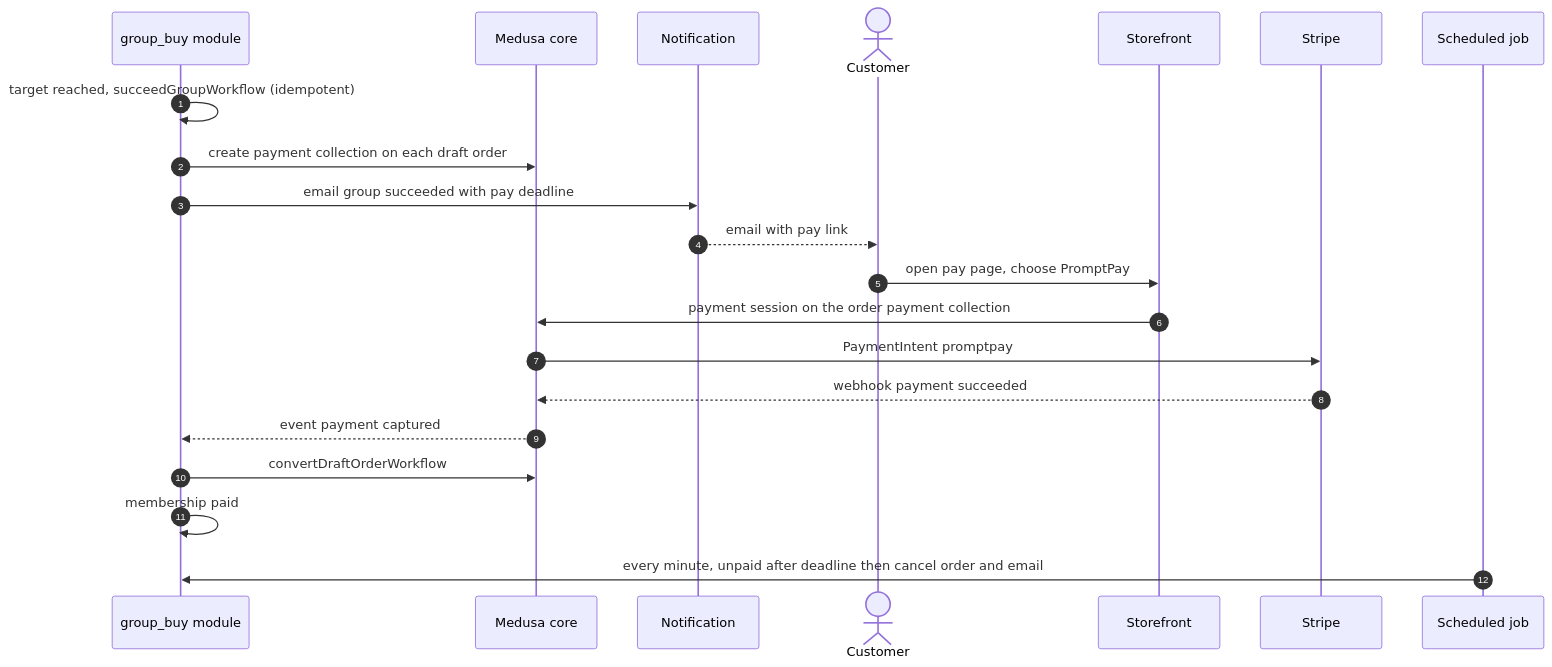
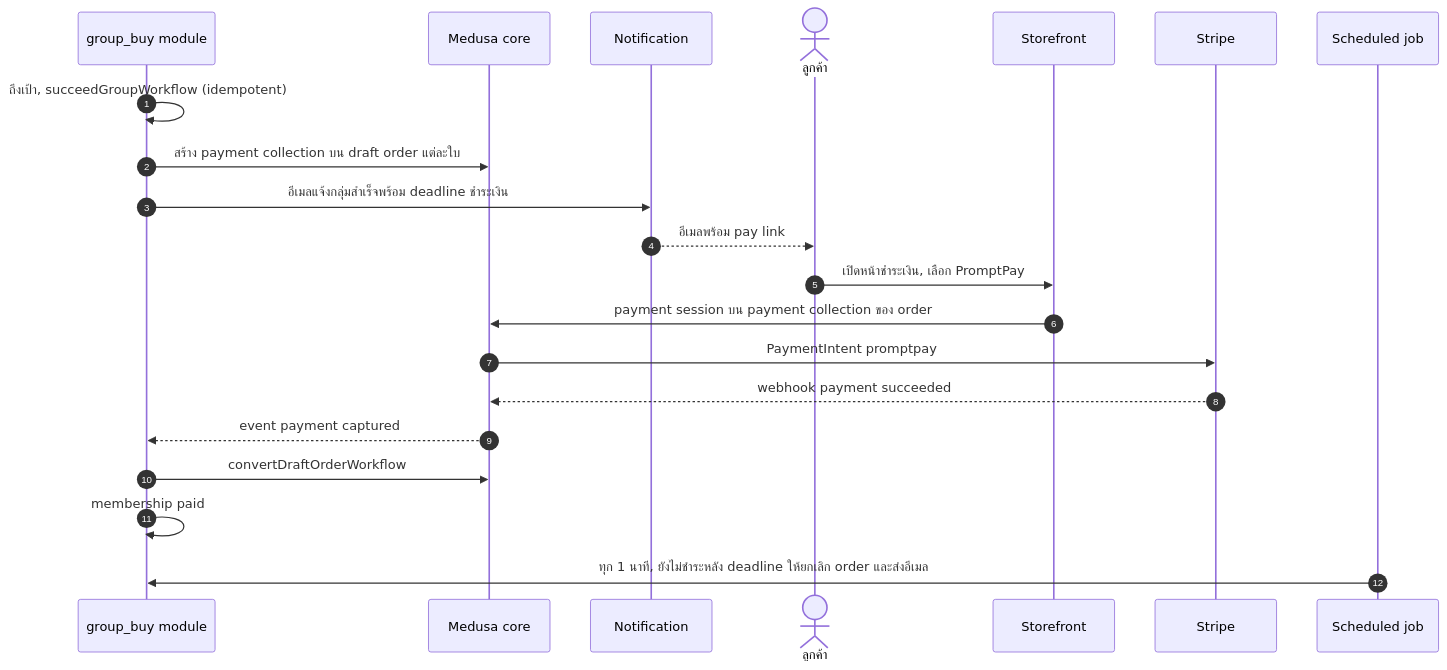
The fourth of 7 diagrams in docs/design/sequence-diagrams.md (techpowerdev/medusa-ecom), drawn with Mermaid before and after one commit. The commit also changed other lines of this file and 25 other files, not shown here.

````diff
--- a/docs/design/sequence-diagrams.md
+++ b/docs/design/sequence-diagrams.md
@@ -86,23 +86,23 @@
 ```mermaid
 sequenceDiagram
   autonumber
   participant GB as group_buy module
   participant M as Medusa core
   participant NT as Notification
-  actor A as Customer
+  actor A as ลูกค้า
   participant SF as Storefront
   participant ST as Stripe
   participant JOB as Scheduled job
-  GB->>GB: target reached, succeedGroupWorkflow (idempotent)
-  GB->>M: create payment collection on each draft order
-  GB->>NT: email group succeeded with pay deadline
-  NT-->>A: email with pay link
-  A->>SF: open pay page, choose PromptPay
-  SF->>M: payment session on the order payment collection
+  GB->>GB: ถึงเป้า, succeedGroupWorkflow (idempotent)
+  GB->>M: สร้าง payment collection บน draft order แต่ละใบ
+  GB->>NT: อีเมลแจ้งกลุ่มสำเร็จพร้อม deadline ชำระเงิน
+  NT-->>A: อีเมลพร้อม pay link
+  A->>SF: เปิดหน้าชำระเงิน, เลือก PromptPay
+  SF->>M: payment session บน payment collection ของ order
   M->>ST: PaymentIntent promptpay
   ST-->>M: webhook payment succeeded
   M-->>GB: event payment captured
   GB->>M: convertDraftOrderWorkflow
   GB->>GB: membership paid
-  JOB->>GB: every minute, unpaid after deadline then cancel order and email
+  JOB->>GB: ทุก 1 นาที, ยังไม่ชำระหลัง deadline ให้ยกเลิก order และส่งอีเมล
 ```
````
